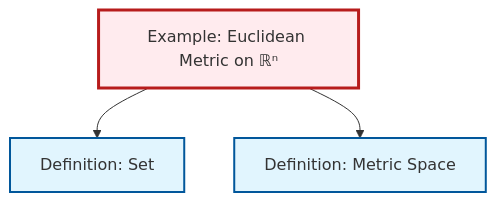
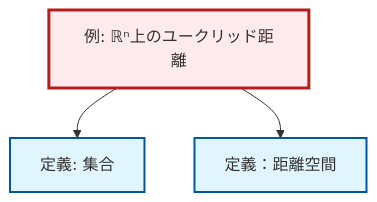
The diagram in content/ja/geometry/ex-euclidean-metric.qmd (RK0429/ModernMath), drawn with Mermaid before and after one commit. The commit also changed 1069 other files, not shown here.

````diff
--- a/content/ja/geometry/ex-euclidean-metric.qmd
+++ b/content/ja/geometry/ex-euclidean-metric.qmd
@@ -52,17 +52,17 @@
 ```{mermaid}
 %%| fig-cap: "Local dependency graph"
 graph TD
     classDef definition fill:#e1f5fe,stroke:#01579b,stroke-width:2px
     classDef theorem fill:#f3e5f5,stroke:#4a148c,stroke-width:2px
     classDef axiom fill:#fff3e0,stroke:#e65100,stroke-width:2px
     classDef example fill:#e8f5e9,stroke:#1b5e20,stroke-width:2px
     classDef current fill:#ffebee,stroke:#b71c1c,stroke-width:3px
-    def-set["Definition: Set"]:::definition
-    def-metric-space["Definition: Metric Space"]:::definition
-    ex-euclidean-metric["Example: Euclidean Metric on ℝⁿ"]:::example
+    def-metric-space["定義：距離空間"]:::definition
+    ex-euclidean-metric["例: ℝⁿ上のユークリッド距離"]:::example
+    def-set["定義: 集合"]:::definition
     ex-euclidean-metric --> def-set
     ex-euclidean-metric --> def-metric-space
     class ex-euclidean-metric current
-    click def-set "def-set.html" "Definition: Setへ"
-    click def-metric-space "def-metric-space.html" "Definition: Metric Spaceへ"
+    click def-metric-space "def-metric-space.html" "定義：距離空間へ"
+    click def-set "def-set.html" "集合の定義へ"
 ```
````
